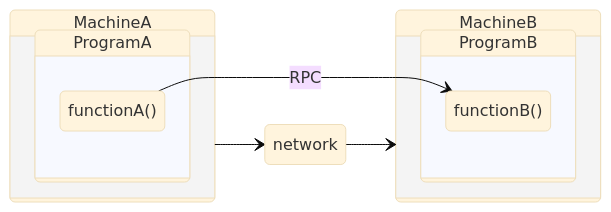
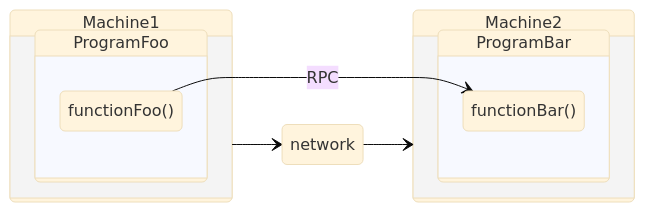
Before and after one commit to basondole/basondole.github.io: the third of 3 diagrams in blog/networkauto/grpc.md, drawn with Mermaid (base theme). The commit also changed other lines of this file, not shown here.

````diff
--- a/blog/networkauto/grpc.md
+++ b/blog/networkauto/grpc.md
@@ -92,18 +98,18 @@
 ```mermaid
 stateDiagram-v2
 direction LR
-state MachineA {
-  state ProgramA {
-   functionA()
+state Machine1 {
+  state ProgramFoo {
+   functionFoo()
   }
  }
-state MachineB {
-  state ProgramB {
-      functionB()
+state Machine2 {
+  state ProgramBar {
+      functionBar()
     }
 }
 
-MachineA --> network
-network --> MachineB
-functionA() --> functionB(): RPC
+Machine1 --> network
+network --> Machine2
+functionFoo() --> functionBar(): RPC
 ```
````
